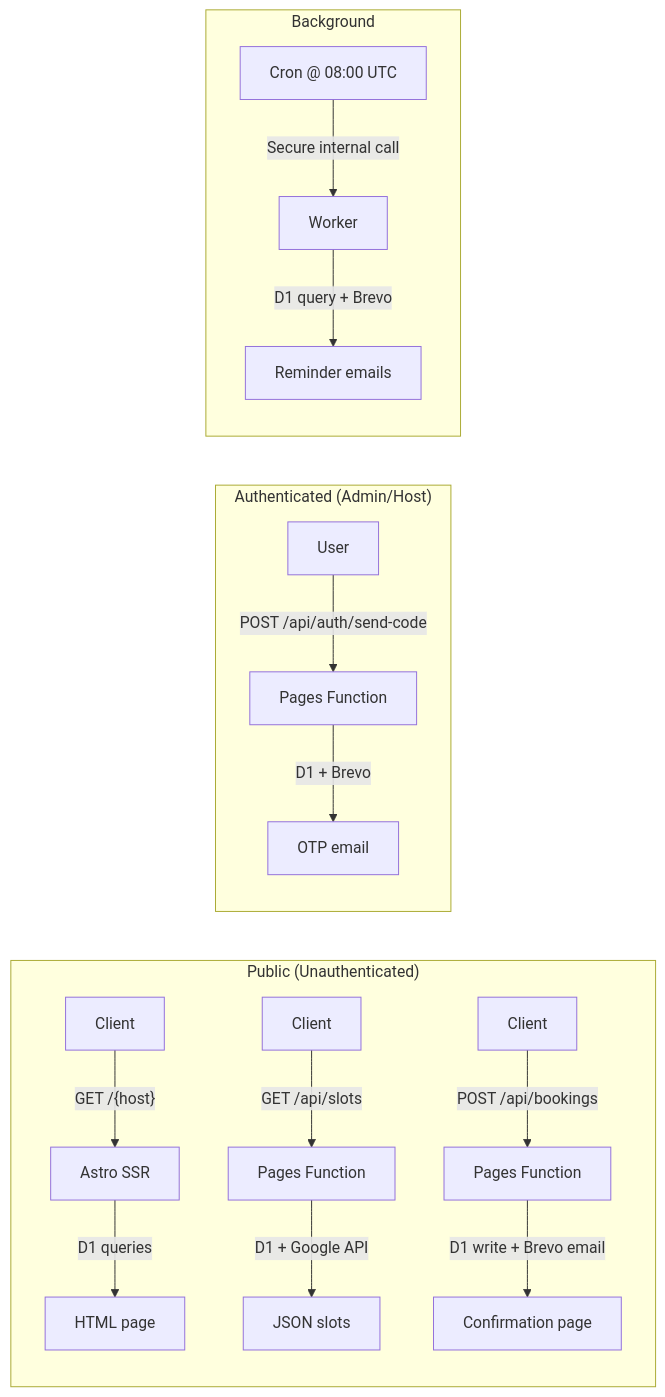
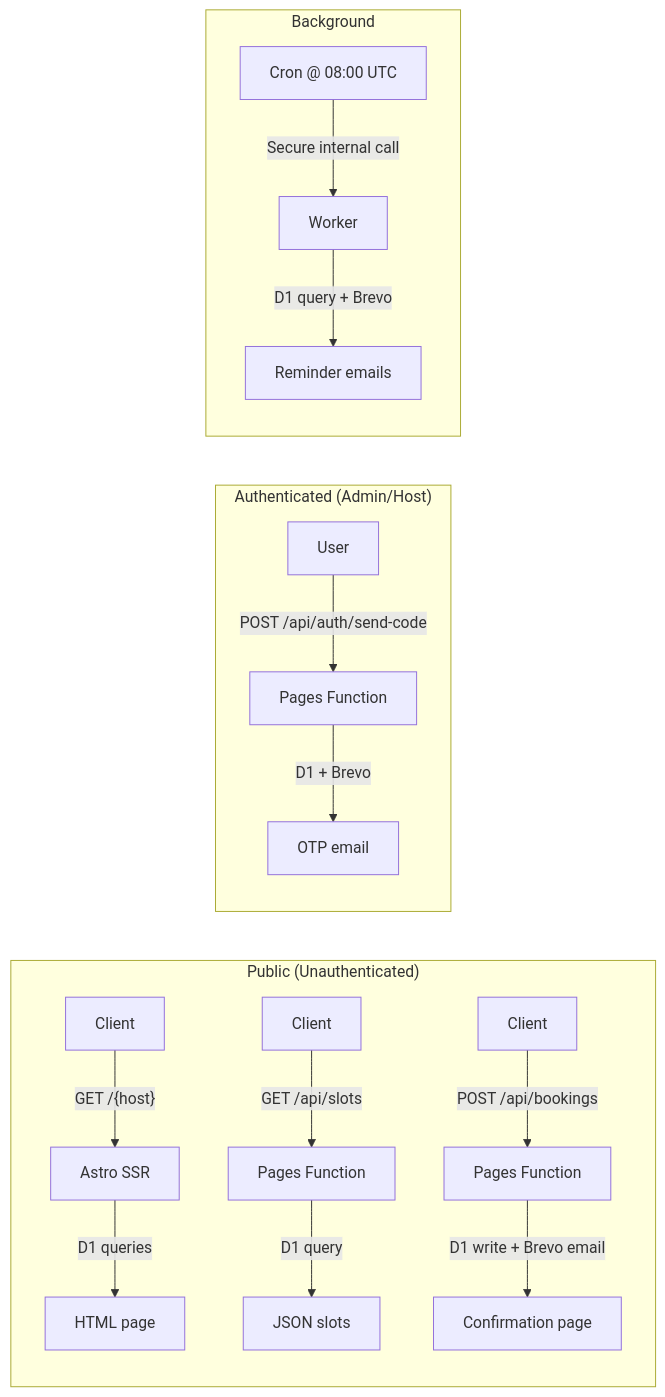
One commit to SASS-Killers/OpenSchedule changed the diagram in prd/diagrams/data-flow-summary.mmd. Above: the diagram before and after it, drawn with Mermaid. The commit also changed 12 other files, not shown here.

Commit message:
remove all google calendar api references - conflict detection from d1 only

```diff
--- a/prd/diagrams/data-flow-summary.mmd
+++ b/prd/diagrams/data-flow-summary.mmd
@@ -1,21 +1,21 @@
 flowchart LR
     subgraph Public["Public (Unauthenticated)"]
         A["Client"] -->|"GET /{host}"| B["Astro SSR"]
         B -->|"D1 queries"| C["HTML page"]
         
         A2["Client"] -->|"GET /api/slots"| D["Pages Function"]
-        D -->|"D1 + Google API"| E["JSON slots"]
+        D -->|"D1 query"| E["JSON slots"]
         
         A3["Client"] -->|"POST /api/bookings"| F["Pages Function"]
         F -->|"D1 write + Brevo email"| G["Confirmation page"]
     end
 
     subgraph Auth["Authenticated (Admin/Host)"]
         H["User"] -->|"POST /api/auth/send-code"| I["Pages Function"]
         I -->|"D1 + Brevo"| J["OTP email"]
     end
 
     subgraph Background["Background"]
         K["Cron @ 08:00 UTC"] -->|"Secure internal call"| L["Worker"]
         L -->|"D1 query + Brevo"| M["Reminder emails"]
     end
```
